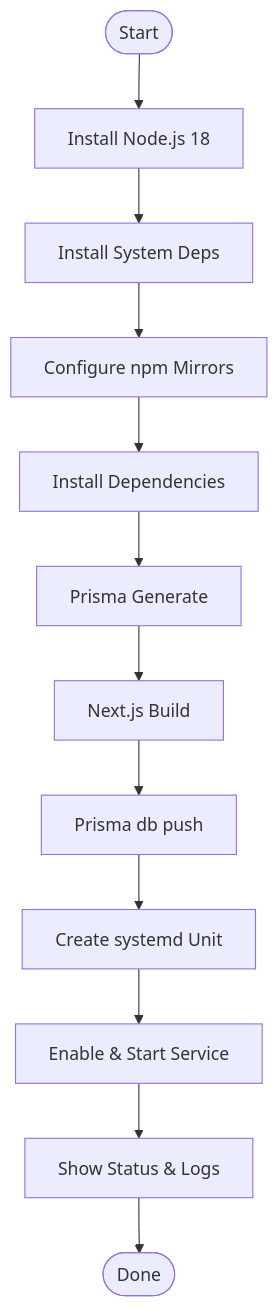
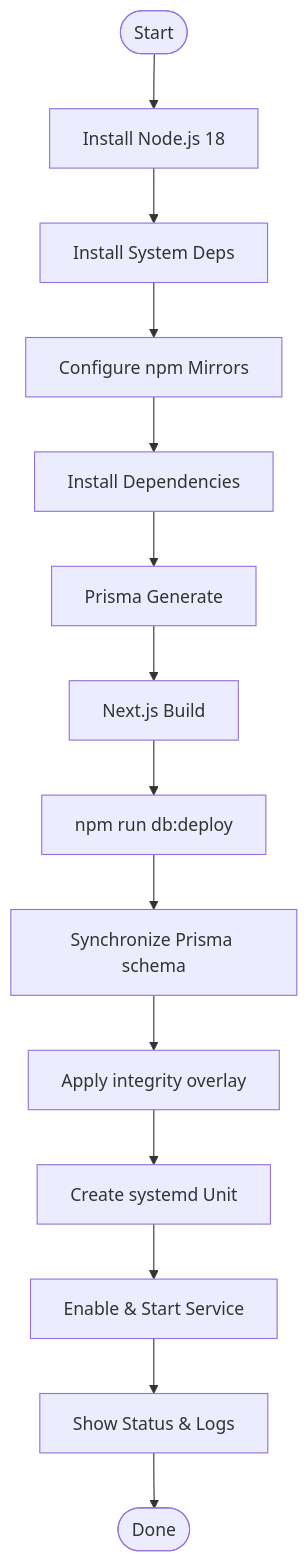
One commit to peixuanhu/goal-mate changed the seventh of 9 diagrams in .qoder/repowiki/en/content/Deployment & Operations.md. Above: the diagram before and after it, drawn with Mermaid. The commit also changed other lines of this file and 1 other file, not shown here.

Commit message:
test: detect case-insensitive database bypass guidance

````diff
--- a/.qoder/repowiki/en/content/Deployment & Operations.md
+++ b/.qoder/repowiki/en/content/Deployment & Operations.md
@@ -265,14 +266,16 @@
 ```mermaid
 flowchart TD
 D0(["Start"]) --> Node["Install Node.js 18"]
 Node --> Deps["Install System Deps"]
 Deps --> NPM["Configure npm Mirrors"]
 NPM --> InstallD["Install Dependencies"]
 InstallD --> Gen["Prisma Generate"]
 Gen --> BuildD["Next.js Build"]
-BuildD --> DBInit["Prisma db push"]
-DBInit --> Systemd["Create systemd Unit"]
+BuildD --> DBDeploy["npm run db:deploy"]
+DBDeploy --> SchemaSync["Synchronize Prisma schema"]
+SchemaSync --> Integrity["Apply integrity overlay"]
+Integrity --> Systemd["Create systemd Unit"]
 Systemd --> Enable["Enable & Start Service"]
 Enable --> Logs["Show Status & Logs"]
 Logs --> EndD(["Done"])
 ```
````
